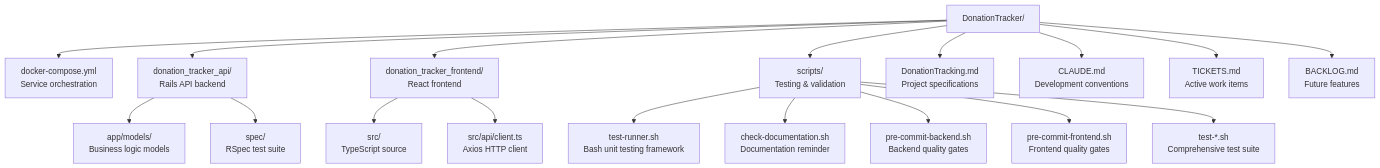
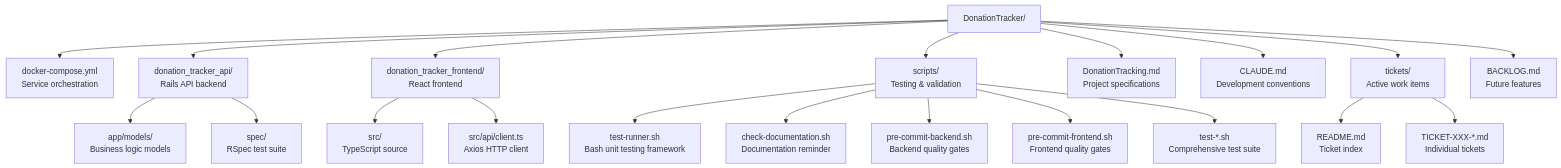
Before and after one commit to mlongerich/DonationTracker: the first of 6 diagrams in CLAUDE.md, drawn with Mermaid. The commit also changed other lines of this file and 15 other files, not shown here.

First line of the commit message:
chore: migrate tickets from single file to individual files in tickets/ directory

````diff
--- a/CLAUDE.md
+++ b/CLAUDE.md
@@ -17,23 +17,26 @@
 ```mermaid
 flowchart TB
     A[DonationTracker/] --> B[docker-compose.yml<br/>Service orchestration]
     A --> C[donation_tracker_api/<br/>Rails API backend]
     A --> D[donation_tracker_frontend/<br/>React frontend]
     A --> E[scripts/<br/>Testing & validation]
     A --> F[DonationTracking.md<br/>Project specifications]
     A --> G[CLAUDE.md<br/>Development conventions]
-    A --> H[TICKETS.md<br/>Active work items]
+    A --> H[tickets/<br/>Active work items]
     A --> I[BACKLOG.md<br/>Future features]
 
     C --> C1[app/models/<br/>Business logic models]
     C --> C2[spec/<br/>RSpec test suite]
 
     D --> D1[src/<br/>TypeScript source]
     D --> D2[src/api/client.ts<br/>Axios HTTP client]
 
     E --> E1[test-runner.sh<br/>Bash unit testing framework]
     E --> E2[check-documentation.sh<br/>Documentation reminder]
     E --> E3[pre-commit-backend.sh<br/>Backend quality gates]
     E --> E4[pre-commit-frontend.sh<br/>Frontend quality gates]
     E --> E5[test-*.sh<br/>Comprehensive test suite]
+
+    H --> H1[README.md<br/>Ticket index]
+    H --> H2[TICKET-XXX-*.md<br/>Individual tickets]
 ```
````
